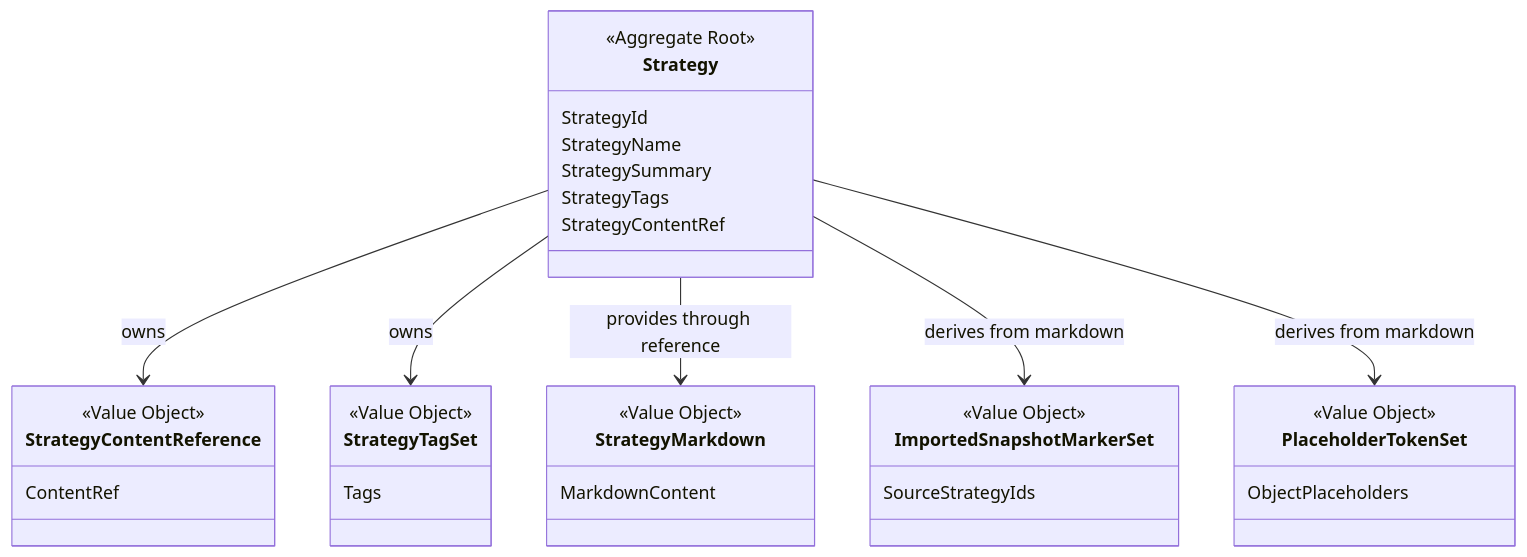
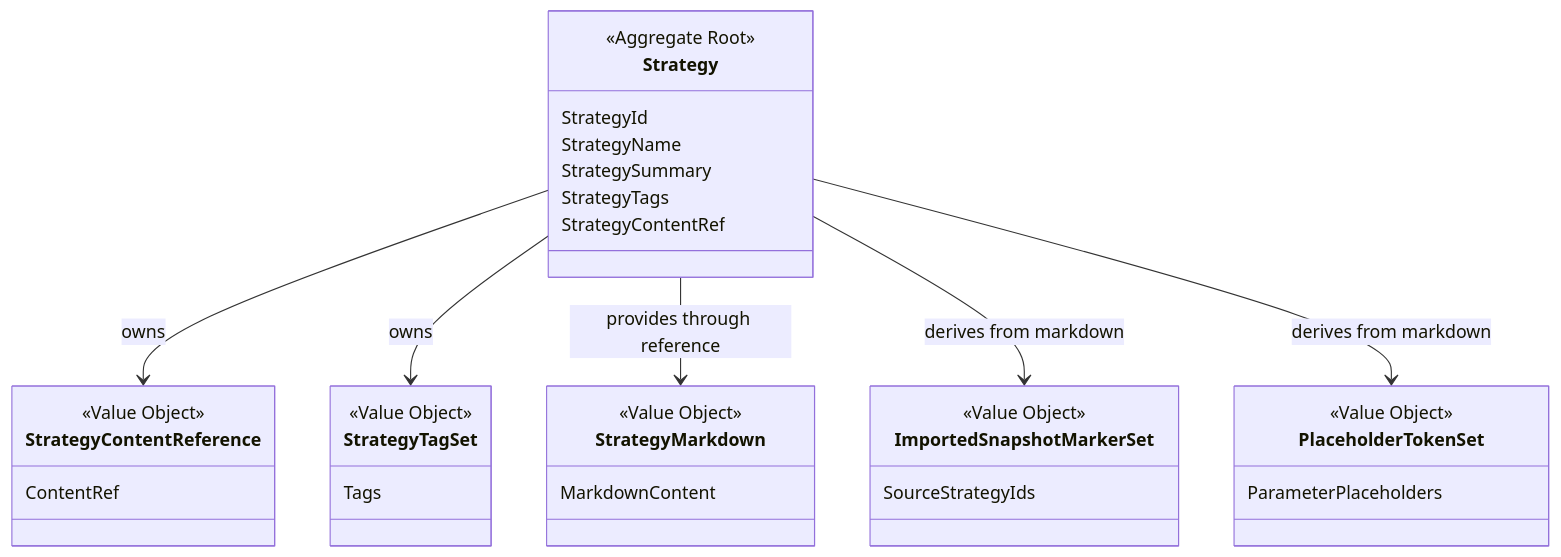
Before and after one commit to Time-Machine-Lab/CyberNomads: the first of 2 diagrams in docs/design/domain/Cybernomads策略领域设计文档.md, drawn with Mermaid. The commit also changed other lines of this file and 29 other files, not shown here.

````diff
--- a/docs/design/domain/Cybernomads策略领域设计文档.md
+++ b/docs/design/domain/Cybernomads策略领域设计文档.md
@@ -38,42 +41,42 @@
 ```mermaid
 classDiagram
     class Strategy {
         <<Aggregate Root>>
         StrategyId
         StrategyName
         StrategySummary
         StrategyTags
         StrategyContentRef
     }
 
     class StrategyContentReference {
         <<Value Object>>
         ContentRef
     }
 
     class StrategyTagSet {
         <<Value Object>>
         Tags
     }
 
     class StrategyMarkdown {
         <<Value Object>>
         MarkdownContent
     }
 
     class ImportedSnapshotMarkerSet {
         <<Value Object>>
         SourceStrategyIds
     }
 
     class PlaceholderTokenSet {
         <<Value Object>>
-        ObjectPlaceholders
+        ParameterPlaceholders
     }
 
     Strategy --> StrategyContentReference : owns
     Strategy --> StrategyTagSet : owns
     Strategy --> StrategyMarkdown : provides through reference
     Strategy --> ImportedSnapshotMarkerSet : derives from markdown
     Strategy --> PlaceholderTokenSet : derives from markdown
 ```
````
